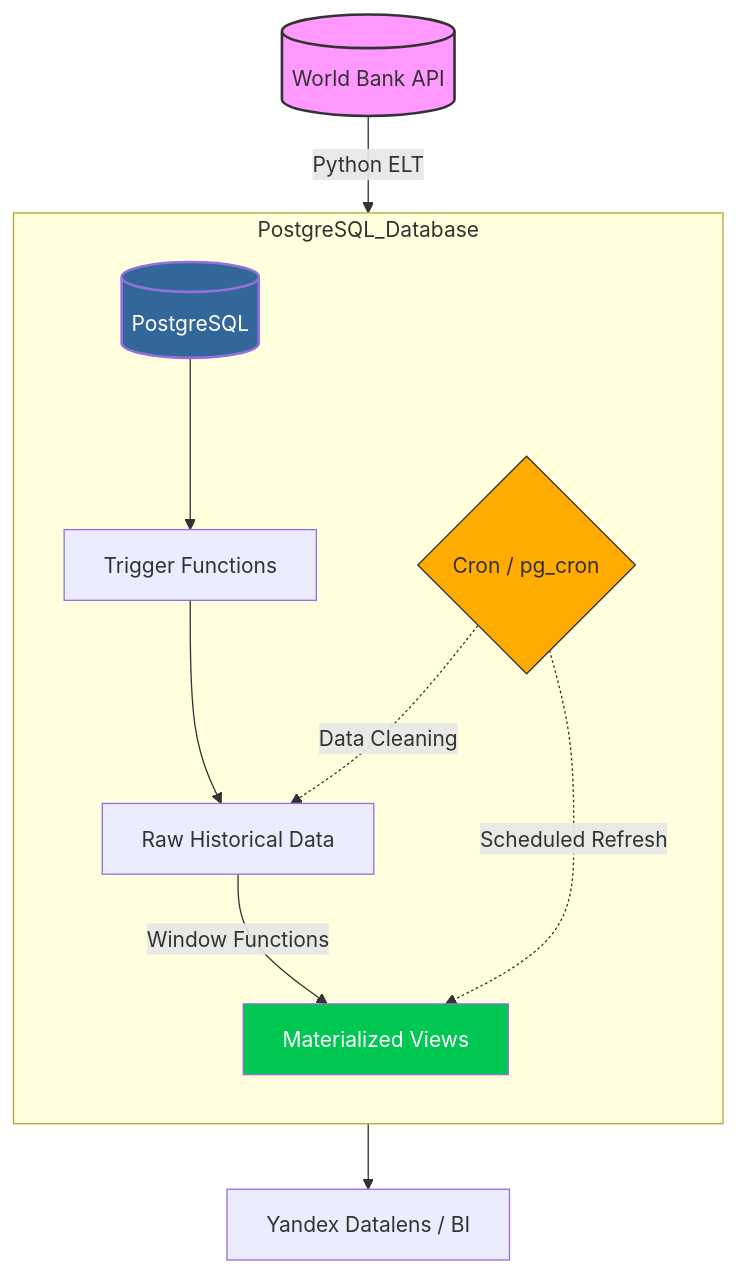
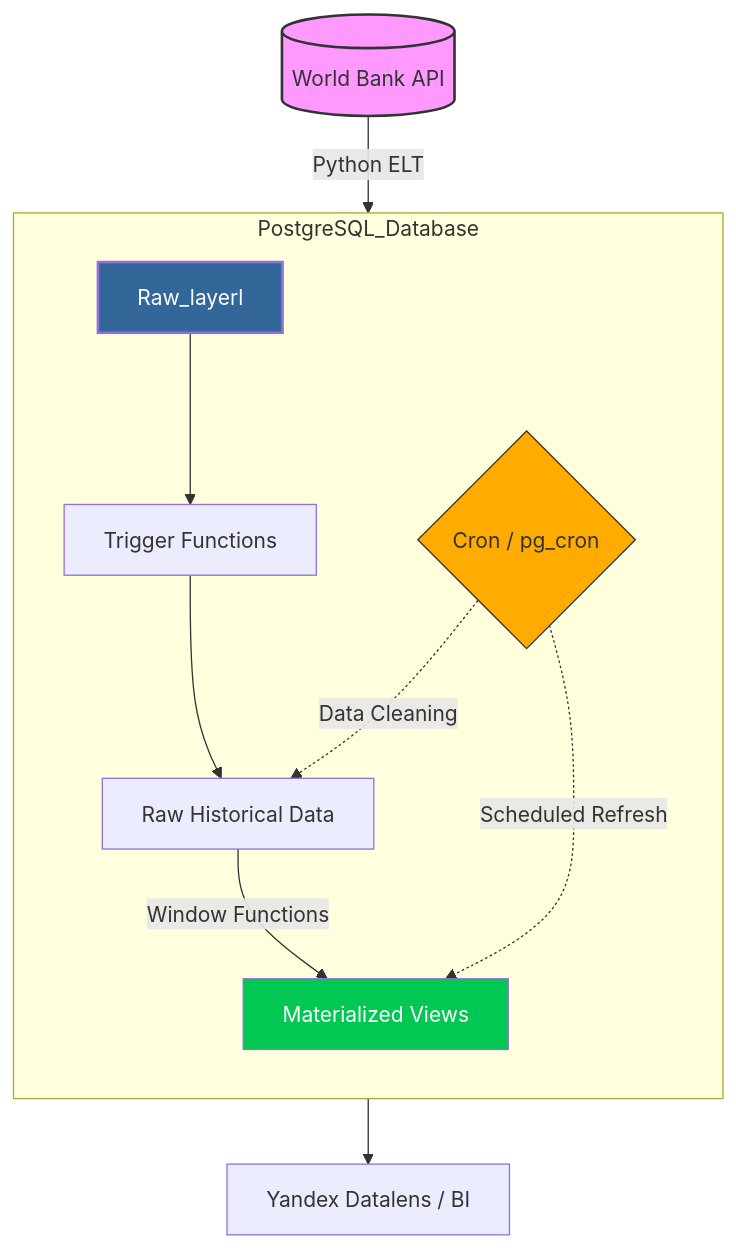
Before and after one commit to ososovyan/WB_data_collector: the diagram in README.md, drawn with Mermaid. The commit also changed other lines of this file, not shown here.

````diff
--- a/README.md
+++ b/README.md
@@ -37,26 +37,26 @@
 ```mermaid
 graph TD
     %% Источник данных
-    WB[(World Bank API)] --> |Python ELT| PG[(PostgreSQL)]
+    WB[(World Bank API)] --> |Python ELT| PG[Raw_layerl]
 
     %% Внутренняя логика БД
     subgraph PostgreSQL_Database
         direction TB
         PG --> TR[Trigger Functions]
         TR --> RAW[Raw Historical Data]
         
         RAW --> |Window Functions| MV[Materialized Views]
         
         CRON{Cron / pg_cron} -.-> |Scheduled Refresh| MV
         CRON -.-> |Data Cleaning| RAW
     end
 
     %% Выход данных
     MV --> API[Yandex Datalens / BI ]
     
     %% Стилизация (чтобы было красиво)
     style WB fill:#f9f,stroke:#333,stroke-width:2px
     style PG fill:#336699,color:#fff,stroke-width:2px
     style MV fill:#00c853,color:#fff
     style CRON fill:#ffab00,stroke:#333
 ```
````
